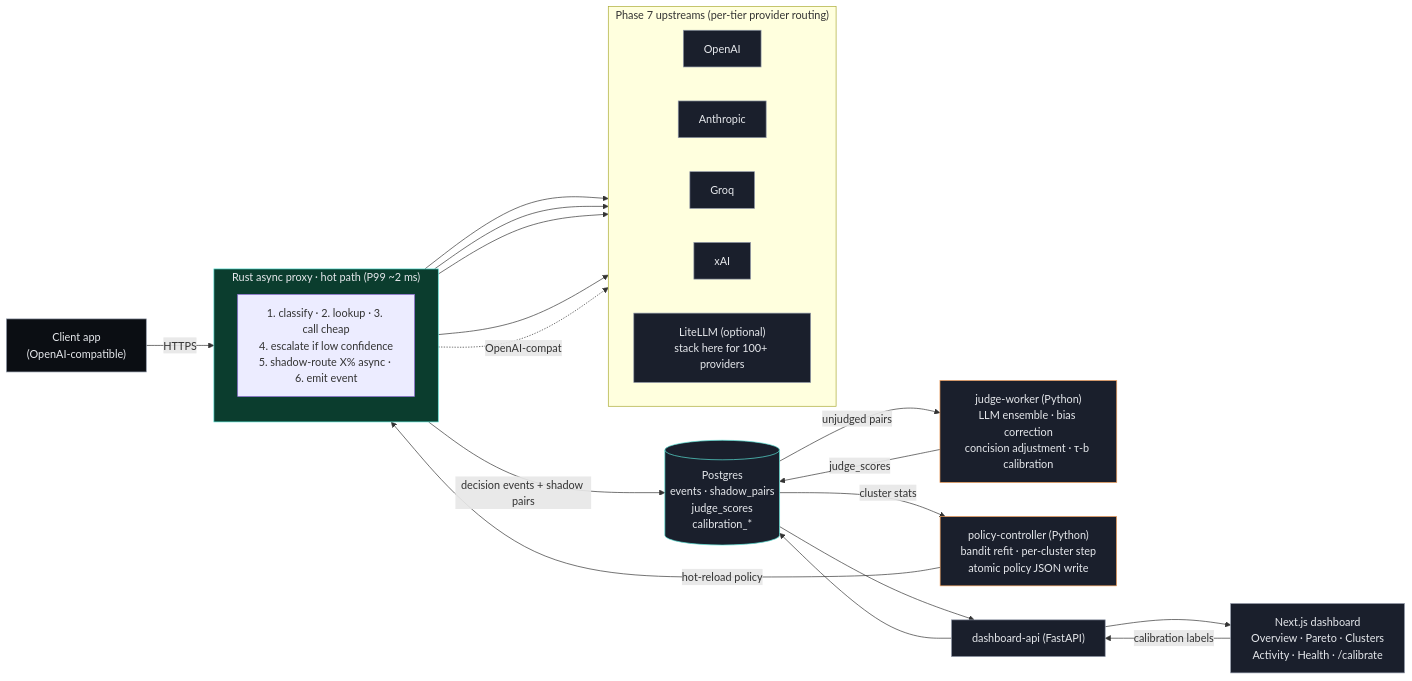
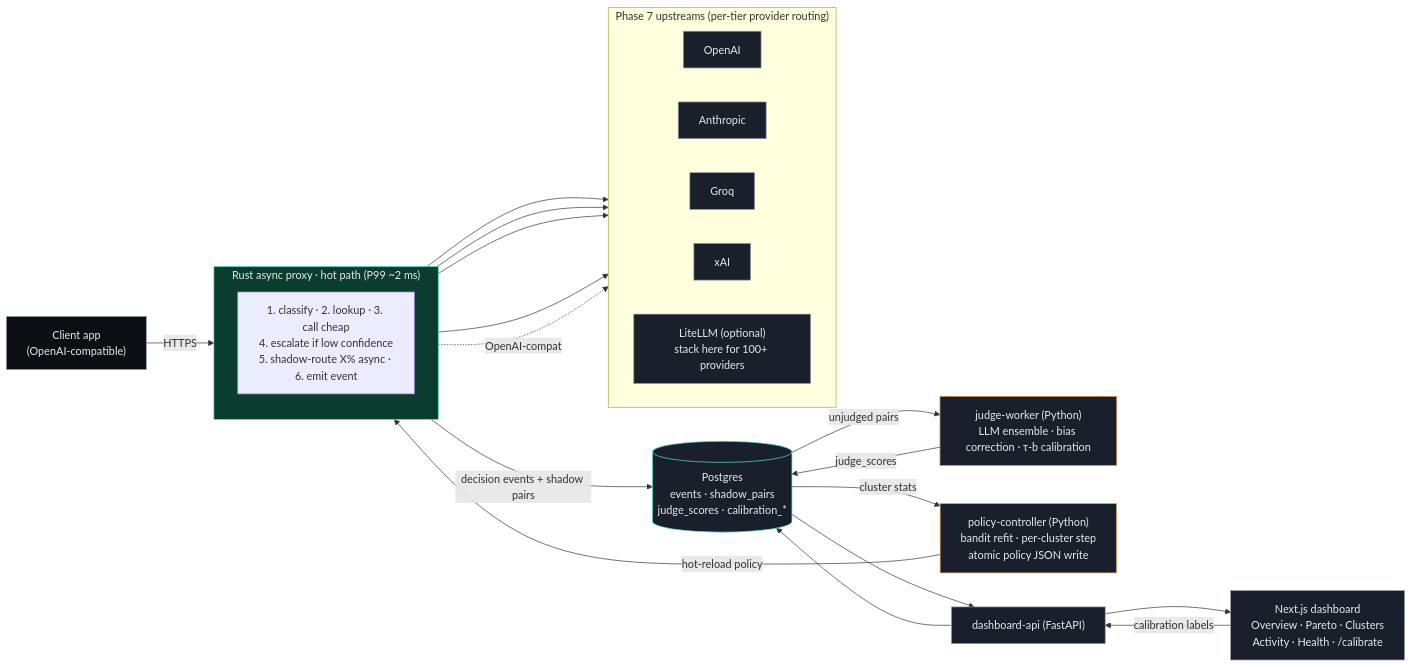
One commit to cxk280/cascadia changed the diagram in README.md. Above: the diagram before and after it, drawn with Mermaid. The commit also changed other lines of this file and 65 other files, not shown here.

````diff
--- a/README.md
+++ b/README.md
@@ -258,47 +114,47 @@
 ```mermaid
 flowchart LR
     classDef hot fill:#0B3D2E,stroke:#5AE3D6,color:#E6E8EC,stroke-width:1px
     classDef store fill:#1A1F2C,stroke:#5AE3D6,color:#E6E8EC,stroke-width:1px
     classDef ctrl fill:#1A1F2C,stroke:#F5A05A,color:#E6E8EC,stroke-width:1px
     classDef ui fill:#1A1F2C,stroke:#9098A8,color:#E6E8EC,stroke-width:1px
     classDef client fill:#0B0E13,stroke:#9098A8,color:#E6E8EC,stroke-width:1px
 
     Client["Client app<br/>(OpenAI-compatible)"]:::client
 
     subgraph proxy ["Rust async proxy · hot path (P99 ~2 ms)"]
         direction TB
         Route["1. classify · 2. lookup · 3. call cheap<br/>4. escalate if low confidence<br/>5. shadow-route X% async · 6. emit event"]
     end
     class proxy hot
 
     subgraph providers ["Phase 7 upstreams (per-tier provider routing)"]
         direction LR
         OAI[OpenAI]:::ui
         ANT[Anthropic]:::ui
         GRQ[Groq]:::ui
         XAI[xAI]:::ui
         LL["LiteLLM (optional)<br/>stack here for 100+ providers"]:::ui
     end
 
-    PG[("Postgres<br/>events · shadow_pairs<br/>judge_scores<br/>calibration_*")]:::store
-    JW["judge-worker (Python)<br/>LLM ensemble · bias correction<br/>concision adjustment · τ-b calibration"]:::ctrl
+    PG[("Postgres<br/>events · shadow_pairs<br/>judge_scores · calibration_*")]:::store
+    JW["judge-worker (Python)<br/>LLM ensemble · bias correction · τ-b calibration"]:::ctrl
     PC["policy-controller (Python)<br/>bandit refit · per-cluster step<br/>atomic policy JSON write"]:::ctrl
 
     Client -->|HTTPS| Route
     Route --> OAI
     Route --> ANT
     Route --> GRQ
     Route --> XAI
     Route -.OpenAI-compat.-> LL
     Route -- "decision events + shadow pairs" --> PG
     PG -- "unjudged pairs" --> JW
     JW -- "judge_scores" --> PG
     PG -- "cluster stats" --> PC
     PC -- "hot-reload policy" --> Route
 
     DA["dashboard-api (FastAPI)"]:::ui
     UI["Next.js dashboard<br/>Overview · Pareto · Clusters<br/>Activity · Health · /calibrate"]:::ui
 
     PG --> DA --> UI
     UI -- "calibration labels" --> DA --> PG
 ```
````
